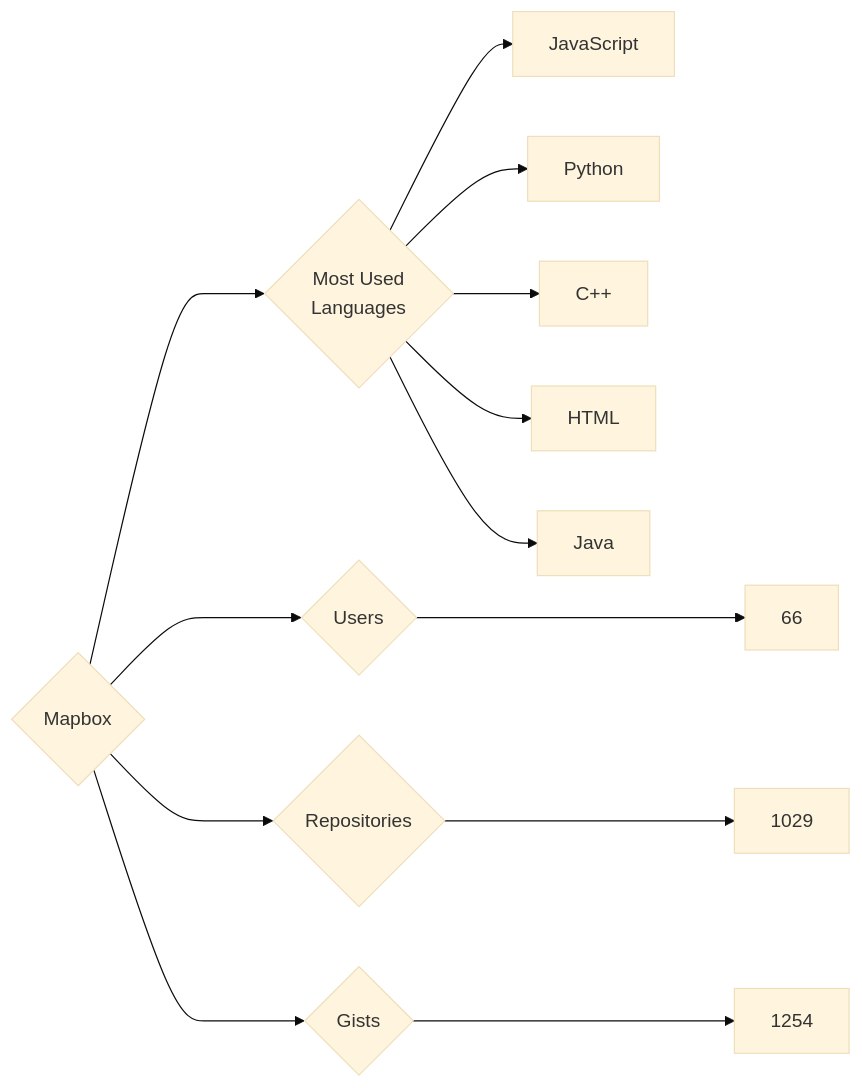
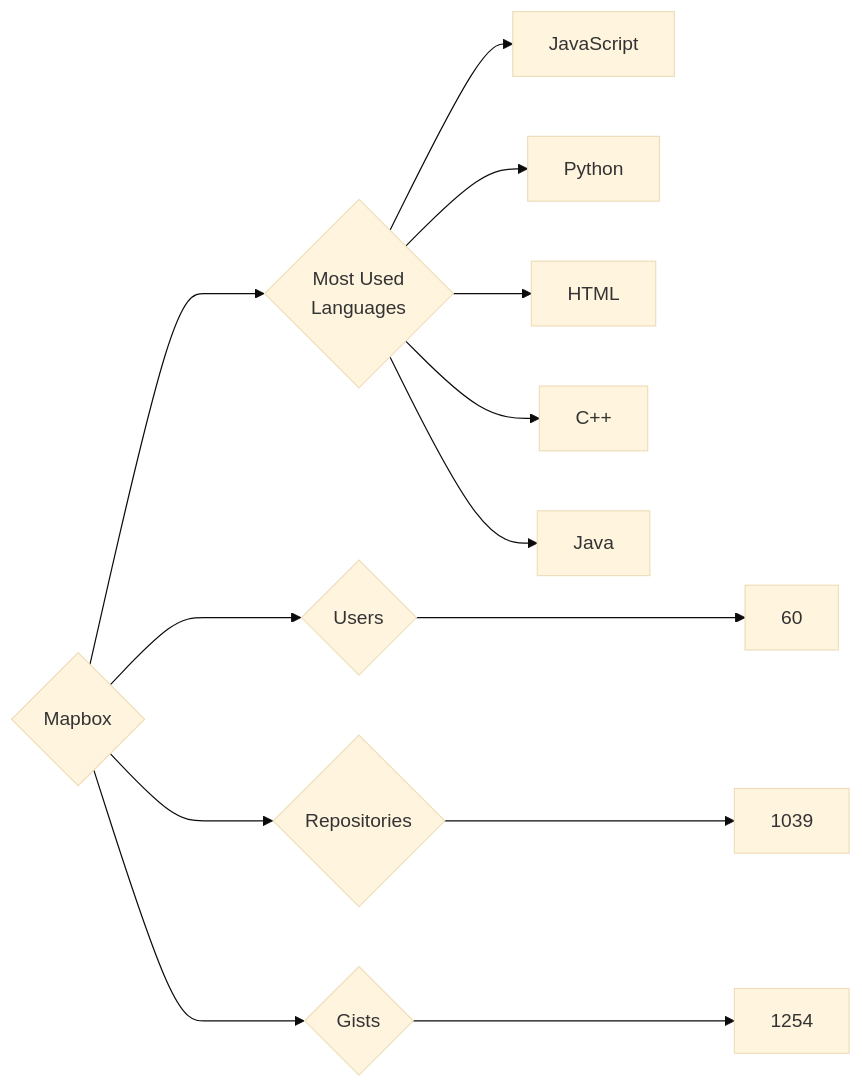
The diagram in targets/Mapbox/README.md (trickest/insiders), drawn with Mermaid (base theme) before and after one commit. The commit also changed 748 other files, not shown here.

````diff
--- a/targets/Mapbox/README.md
+++ b/targets/Mapbox/README.md
@@ -3,13 +3,13 @@
 ```mermaid
 graph LR
 COMPANY_NAME{Mapbox}
-COMPANY_NAME ---> U{Users} ---> UN[66]
-COMPANY_NAME ---> R{Repositories} ---> RN[1029]
+COMPANY_NAME ---> U{Users} ---> UN[60]
+COMPANY_NAME ---> R{Repositories} ---> RN[1039]
 COMPANY_NAME ---> G{Gists} ---> GN[1254]
 COMPANY_NAME ---> ML{Most Used<br>Languages}
 ML --> JavaScript[JavaScript]
 ML --> Python[Python]
+ML --> HTML[HTML]
 ML --> C++[C++]
-ML --> HTML[HTML]
 ML --> Java[Java]
 ```
````
